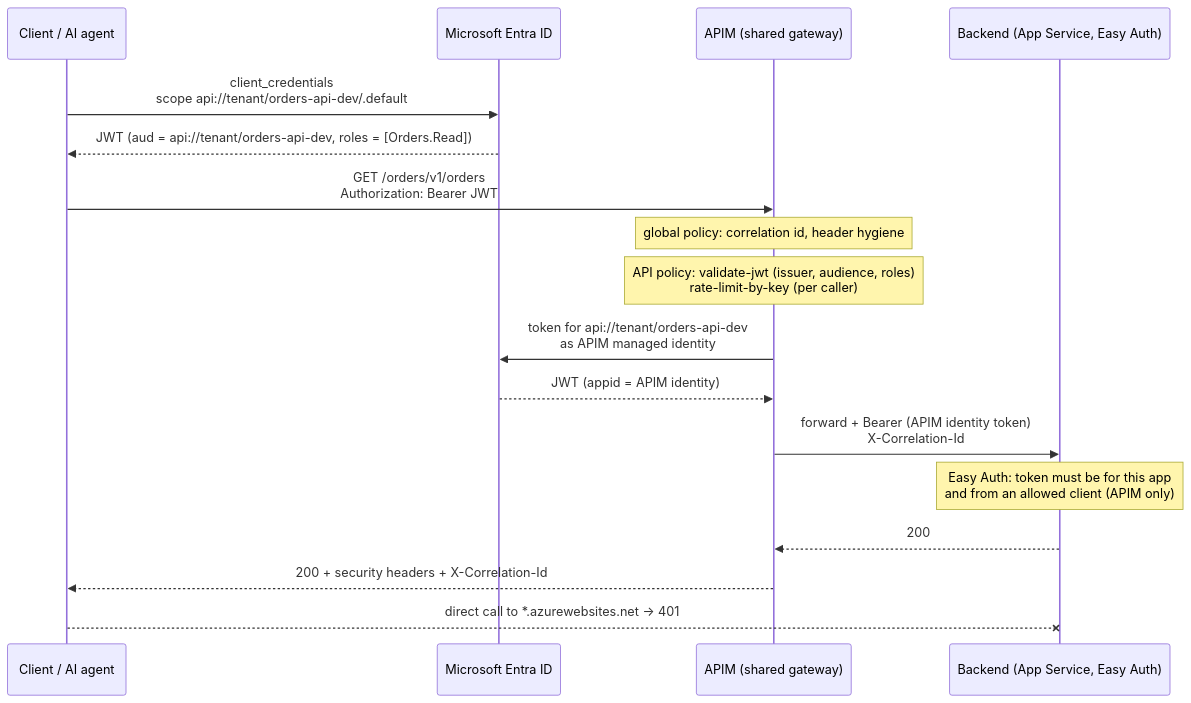
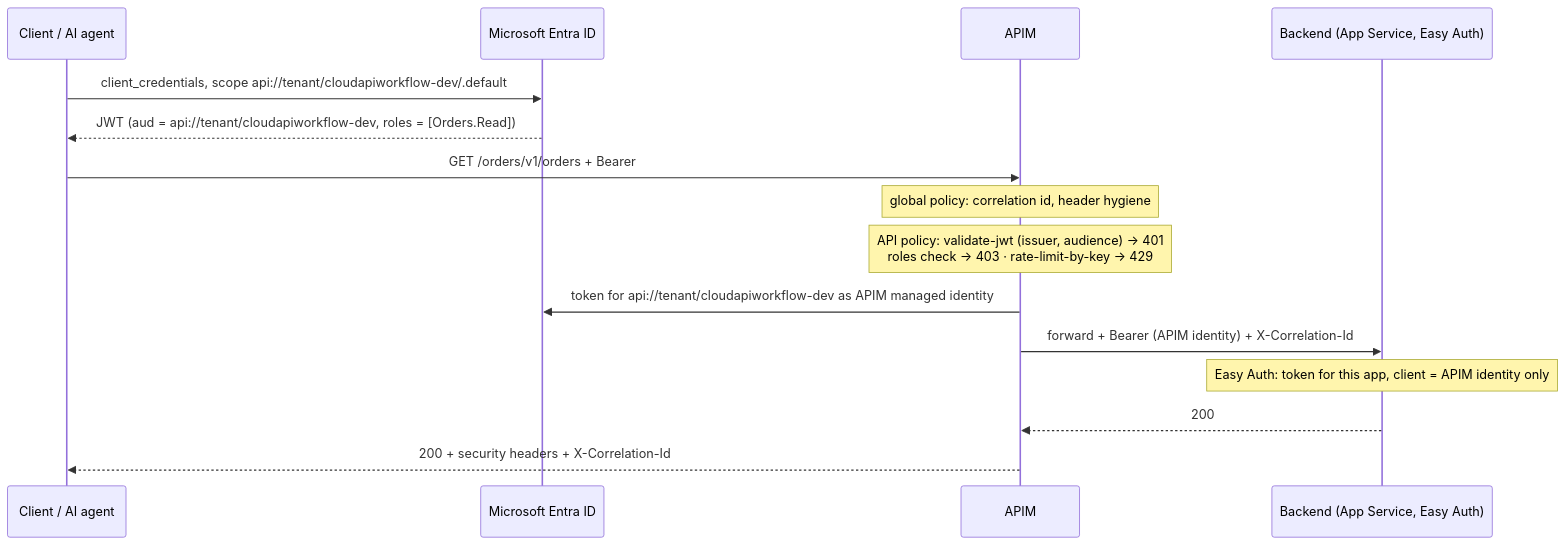
Before and after one commit to sampleworthy/cloudapiworkflow: the sixth of 9 diagrams in docs/architecture.md, drawn with Mermaid. The commit also changed other lines of this file and 127 other files, not shown here.

First line of the commit message:
Adopt Microsoft APIOps for the API lifecycle; Terraform owns the platform only

````diff
--- a/docs/architecture.md
+++ b/docs/architecture.md
@@ -85,20 +111,17 @@
 ```mermaid
 sequenceDiagram
     participant C as Client / AI agent
     participant E as Microsoft Entra ID
-    participant G as APIM (shared gateway)
+    participant G as APIM
     participant B as Backend (App Service, Easy Auth)
-
-    C->>E: client_credentials<br/>scope api://tenant/orders-api-dev/.default
-    E-->>C: JWT (aud = api://tenant/orders-api-dev, roles = [Orders.Read])
-    C->>G: GET /orders/v1/orders<br/>Authorization: Bearer JWT
+    C->>E: client_credentials, scope api://tenant/cloudapiworkflow-dev/.default
+    E-->>C: JWT (aud = api://tenant/cloudapiworkflow-dev, roles = [Orders.Read])
+    C->>G: GET /orders/v1/orders + Bearer
     Note over G: global policy: correlation id, header hygiene
-    Note over G: API policy: validate-jwt (issuer, audience, roles)<br/>rate-limit-by-key (per caller)
-    G->>E: token for api://tenant/orders-api-dev<br/>as APIM managed identity
-    E-->>G: JWT (appid = APIM identity)
-    G->>B: forward + Bearer (APIM identity token)<br/>X-Correlation-Id
-    Note over B: Easy Auth: token must be for this app<br/>and from an allowed client (APIM only)
+    Note over G: API policy: validate-jwt (issuer, audience) → 401<br/>roles check → 403 · rate-limit-by-key → 429
+    G->>E: token for api://tenant/cloudapiworkflow-dev as APIM managed identity
+    G->>B: forward + Bearer (APIM identity) + X-Correlation-Id
+    Note over B: Easy Auth: token for this app, client = APIM identity only
     B-->>G: 200
     G-->>C: 200 + security headers + X-Correlation-Id
-    C--xB: direct call to *.azurewebsites.net → 401
 ```
````
